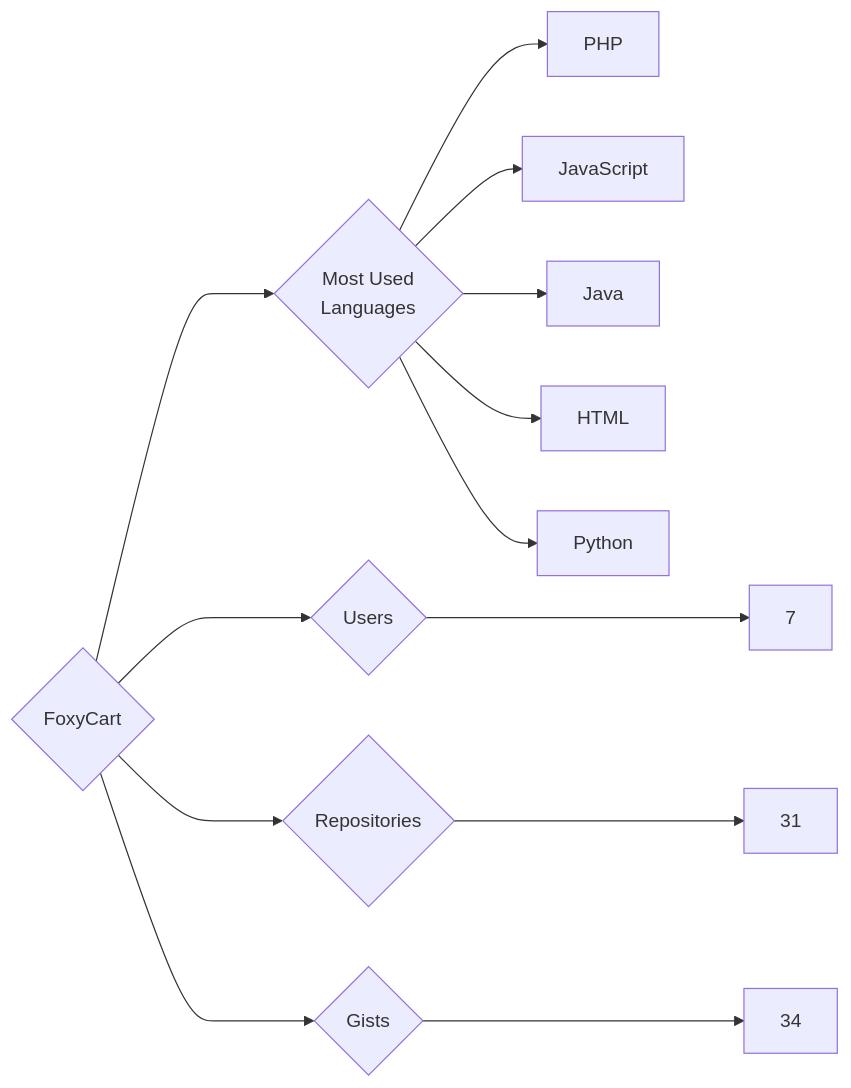
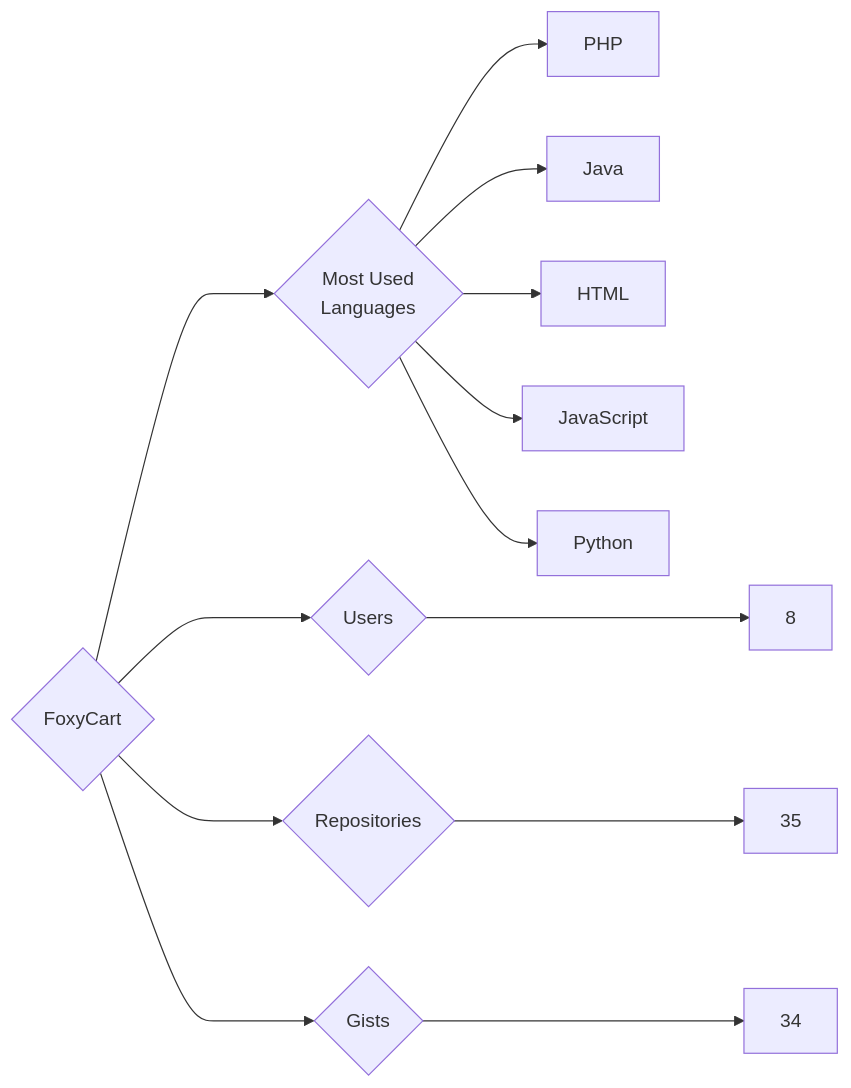
One commit to trickest/insiders changed the diagram in targets/FoxyCart/README.md. Above: the diagram before and after it, drawn with Mermaid. The commit also changed 1120 other files, not shown here.

````diff
--- a/targets/FoxyCart/README.md
+++ b/targets/FoxyCart/README.md
@@ -3,13 +3,13 @@
 ```mermaid
 graph LR
 COMPANY_NAME{FoxyCart}
-COMPANY_NAME ---> U{Users} ---> UN[7]
-COMPANY_NAME ---> R{Repositories} ---> RN[31]
+COMPANY_NAME ---> U{Users} ---> UN[8]
+COMPANY_NAME ---> R{Repositories} ---> RN[35]
 COMPANY_NAME ---> G{Gists} ---> GN[34]
 COMPANY_NAME ---> ML{Most Used<br>Languages}
 ML --> PHP[PHP]
-ML --> JavaScript[JavaScript]
 ML --> Java[Java]
 ML --> HTML[HTML]
+ML --> JavaScript[JavaScript]
 ML --> Python[Python]
 ```
````
